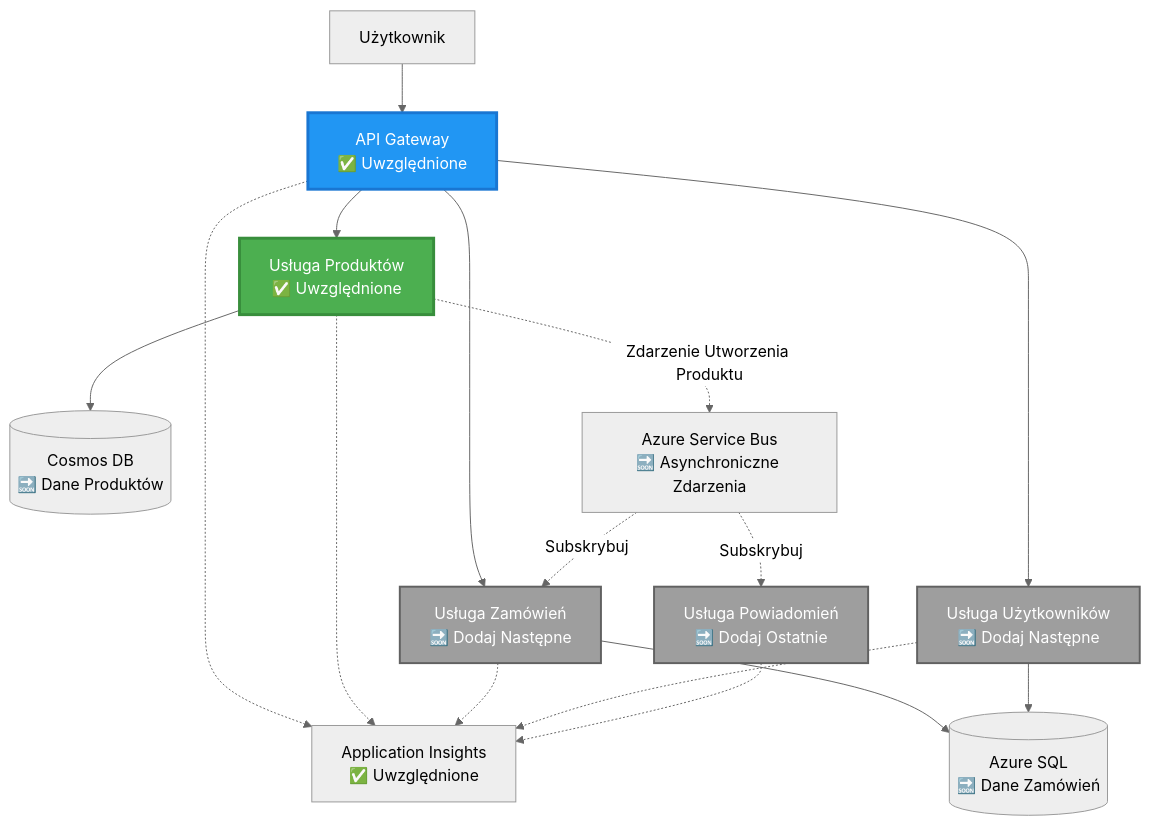
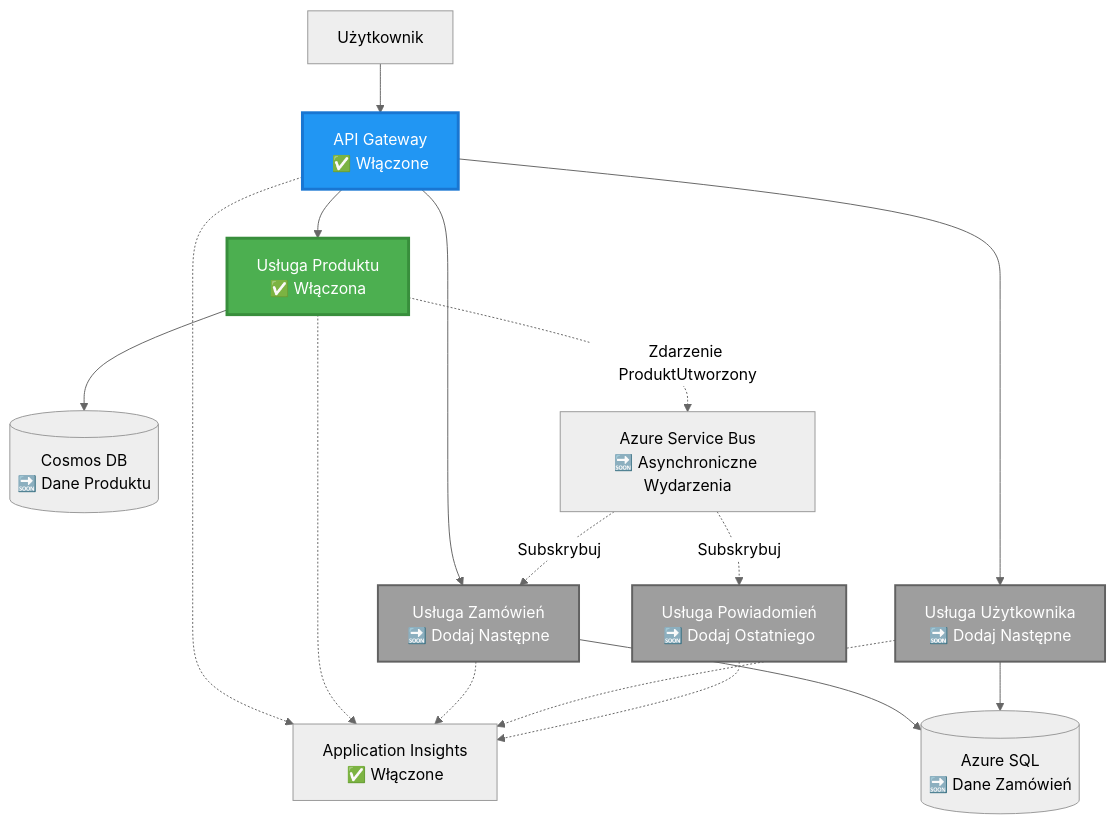
Before and after one commit to microsoft/AZD-for-beginners: the second of 4 diagrams in translations/pl/examples/microservices/README.md, drawn with Mermaid (neutral theme). The commit also changed other lines of this file and 242 other files, not shown here.

````diff
--- a/translations/pl/examples/microservices/README.md
+++ b/translations/pl/examples/microservices/README.md
@@ -78,39 +70,39 @@
 ```mermaid
 graph TB
     User[Użytkownik]
-    Gateway[API Gateway<br/>✅ Uwzględnione]
-    Product[Usługa Produktów<br/>✅ Uwzględnione]
+    Gateway[API Gateway<br/>✅ Włączone]
+    Product[Usługa Produktu<br/>✅ Włączona]
     Order[Usługa Zamówień<br/>🔜 Dodaj Następne]
-    UserSvc[Usługa Użytkowników<br/>🔜 Dodaj Następne]
-    Notify[Usługa Powiadomień<br/>🔜 Dodaj Ostatnie]
+    UserSvc[Usługa Użytkownika<br/>🔜 Dodaj Następne]
+    Notify[Usługa Powiadomień<br/>🔜 Dodaj Ostatniego]
     
-    CosmosDB[(Cosmos DB<br/>🔜 Dane Produktów)]
+    CosmosDB[(Cosmos DB<br/>🔜 Dane Produktu)]
     AzureSQL[(Azure SQL<br/>🔜 Dane Zamówień)]
-    ServiceBus[Azure Service Bus<br/>🔜 Asynchroniczne Zdarzenia]
-    AppInsights[Application Insights<br/>✅ Uwzględnione]
+    ServiceBus[Azure Service Bus<br/>🔜 Asynchroniczne Wydarzenia]
+    AppInsights[Application Insights<br/>✅ Włączone]
     
     User --> Gateway
     Gateway --> Product
     Gateway --> Order
     Gateway --> UserSvc
     
     Product --> CosmosDB
     Order --> AzureSQL
     UserSvc --> AzureSQL
     
-    Product -.->|Zdarzenie Utworzenia Produktu| ServiceBus
+    Product -.->|Zdarzenie ProduktUtworzony| ServiceBus
     ServiceBus -.->|Subskrybuj| Notify
     ServiceBus -.->|Subskrybuj| Order
     
     Gateway -.-> AppInsights
     Product -.-> AppInsights
     Order -.-> AppInsights
     UserSvc -.-> AppInsights
     Notify -.-> AppInsights
     
     style Product fill:#4CAF50,stroke:#388E3C,stroke-width:3px,color:#fff
     style Gateway fill:#2196F3,stroke:#1976D2,stroke-width:3px,color:#fff
     style Order fill:#9E9E9E,stroke:#616161,stroke-width:2px,color:#fff
     style UserSvc fill:#9E9E9E,stroke:#616161,stroke-width:2px,color:#fff
     style Notify fill:#9E9E9E,stroke:#616161,stroke-width:2px,color:#fff
-```
+```  
````
